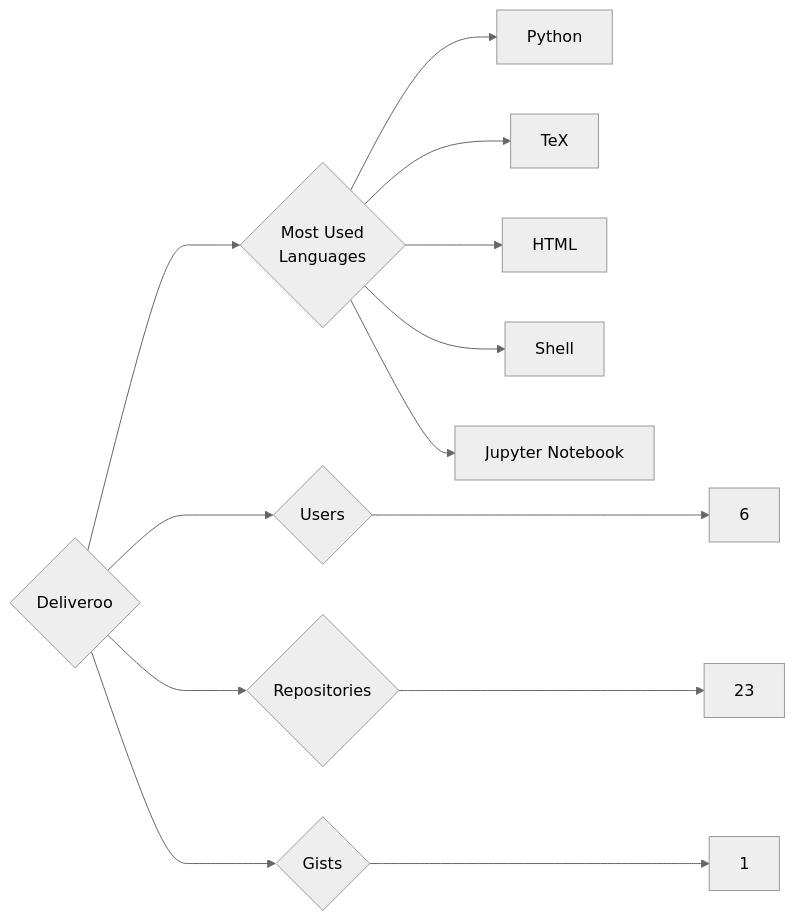
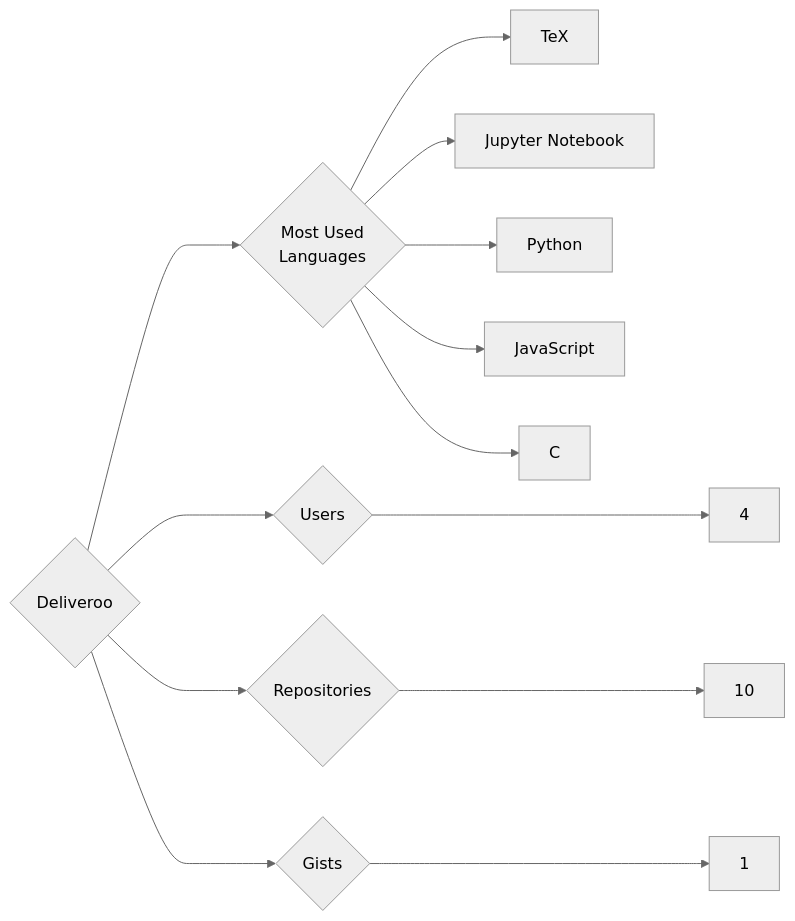
Before and after one commit to trickest/insiders: the diagram in targets/Deliveroo/README.md, drawn with Mermaid (neutral theme). The commit also changed 1023 other files, not shown here.

````diff
--- a/targets/Deliveroo/README.md
+++ b/targets/Deliveroo/README.md
@@ -3,13 +3,13 @@
 ```mermaid
 graph LR
 COMPANY_NAME{Deliveroo}
-COMPANY_NAME ---> U{Users} ---> UN[6]
-COMPANY_NAME ---> R{Repositories} ---> RN[23]
+COMPANY_NAME ---> U{Users} ---> UN[4]
+COMPANY_NAME ---> R{Repositories} ---> RN[10]
 COMPANY_NAME ---> G{Gists} ---> GN[1]
 COMPANY_NAME ---> ML{Most Used<br>Languages}
+ML --> TeX[TeX]
+ML --> Jupyter_Notebook[Jupyter Notebook]
 ML --> Python[Python]
-ML --> TeX[TeX]
-ML --> HTML[HTML]
-ML --> Shell[Shell]
-ML --> Jupyter_Notebook[Jupyter Notebook]
+ML --> JavaScript[JavaScript]
+ML --> C[C]
 ```
````
